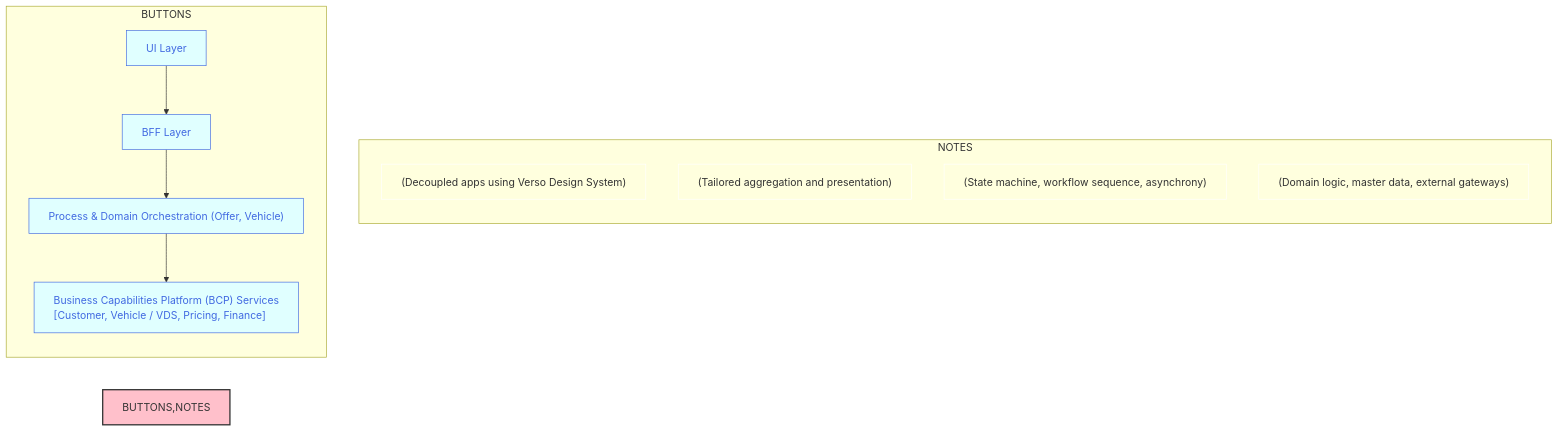
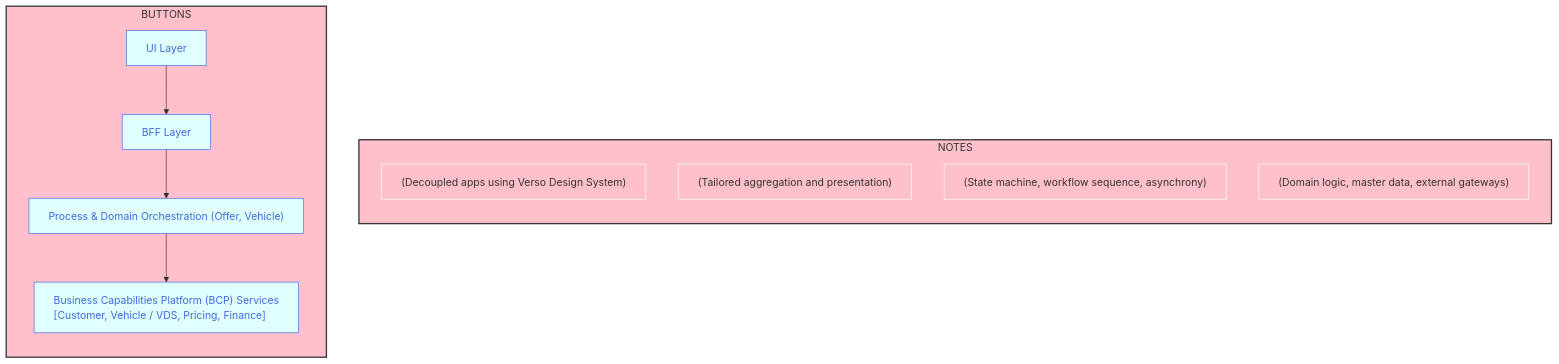
One commit to joe-dorward/samples changed the diagram in buttons_mermaid_v3.md. Above: the diagram before and after it, drawn with Mermaid.

````diff
--- a/buttons_mermaid_v3.md
+++ b/buttons_mermaid_v3.md
@@ -3,47 +3,49 @@
 ```mermaid
   %%{
     init: {"flowchart": { "markdownAutoWrap":"false", "textWrap":"false", "wrappingWidth": "100%" }
     }
   }%%
   flowchart LR
 
   classDef Button fill:lightcyan, stroke:royalblue, color:royalblue, text-align:left;
   classDef Note fill:transparent, stroke:white, text-align:left;
   %% ---------- ---------- ---------- ---------- ---------- ---------- ---------- ---------- ---------- ----------
   subgraph BUTTONS
     direction TD
 
     BUTTON_01["UI Layer"]:::Button
     click BUTTON_01 "https://en.wikipedia.org/wiki/Main_Page" _blank
 
     BUTTON_02["BFF Layer"]:::Button
     click BUTTON_02 "https://en.wikipedia.org/wiki/Main_Page" _blank
 
     BUTTON_03["Process & Domain Orchestration (Offer, Vehicle)"]:::Button
     click BUTTON_03 "https://en.wikipedia.org/wiki/Main_Page" _blank
 
     BUTTON_04["Business Capabilities Platform (BCP) Services<br/>[Customer, Vehicle / VDS, Pricing, Finance]"]:::Button
     click BUTTON_04 "https://en.wikipedia.org/wiki/Main_Page" _blank
   end
 
   %% ---------- ---------- ---------- ---------- ---------- ---------- ---------- ---------- ---------- ----------
   subgraph NOTES
     direction TD
     BUTTON_01_NOTE["(Decoupled apps using Verso Design System)"]:::Note
     BUTTON_02_NOTE["(Tailored aggregation and presentation)"]:::Note
     BUTTON_03_NOTE["(State machine, workflow sequence, asynchrony)"]:::Note
     BUTTON_04_NOTE["(Domain logic, master data, external gateways)"]:::Note
   end
   %% ---------- ---------- ---------- ---------- ---------- ---------- ---------- ---------- ---------- ----------
   %% invisibly connect BUTTONS (sub-graph) to NOTES (sub-graph)
   BUTTONS~~~
   NOTES
   %% ---------- ---------- ---------- ---------- ---------- ---------- ---------- ---------- ---------- ----------
   %% connect buttons
   BUTTON_01-->
   BUTTON_02-->
   BUTTON_03-->
   BUTTON_04
   %% ---------- ---------- ---------- ---------- ---------- ---------- ---------- ---------- ---------- ----------
-  style BUTTONS,NOTES fill:pink,stroke:#333,stroke-width:2px
+  style BUTTONS fill:pink,stroke:#333,stroke-width:2px
+  style NOTES fill:pink,stroke:#333,stroke-width:2px
+
 ```
````
